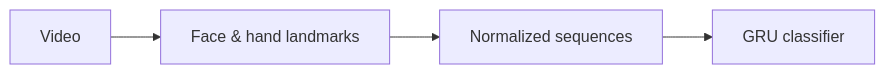
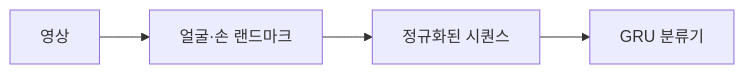
One commit to kangnam7654/english_assessment_systems changed the diagram in presentation_attitude_assessment/README.md. Above: the diagram before and after it, drawn with Mermaid. The commit also changed other lines of this file and 12 other files, not shown here.

````diff
--- a/presentation_attitude_assessment/README.md
+++ b/presentation_attitude_assessment/README.md
@@ -16,6 +16,6 @@
 ```mermaid
 flowchart LR
-    A[Video] --> B[Face & hand landmarks]
-    B --> C[Normalized sequences]
-    C --> D[GRU classifier]
+    A[영상] --> B[얼굴·손 랜드마크]
+    B --> C[정규화된 시퀀스]
+    C --> D[GRU 분류기]
 ```
````
